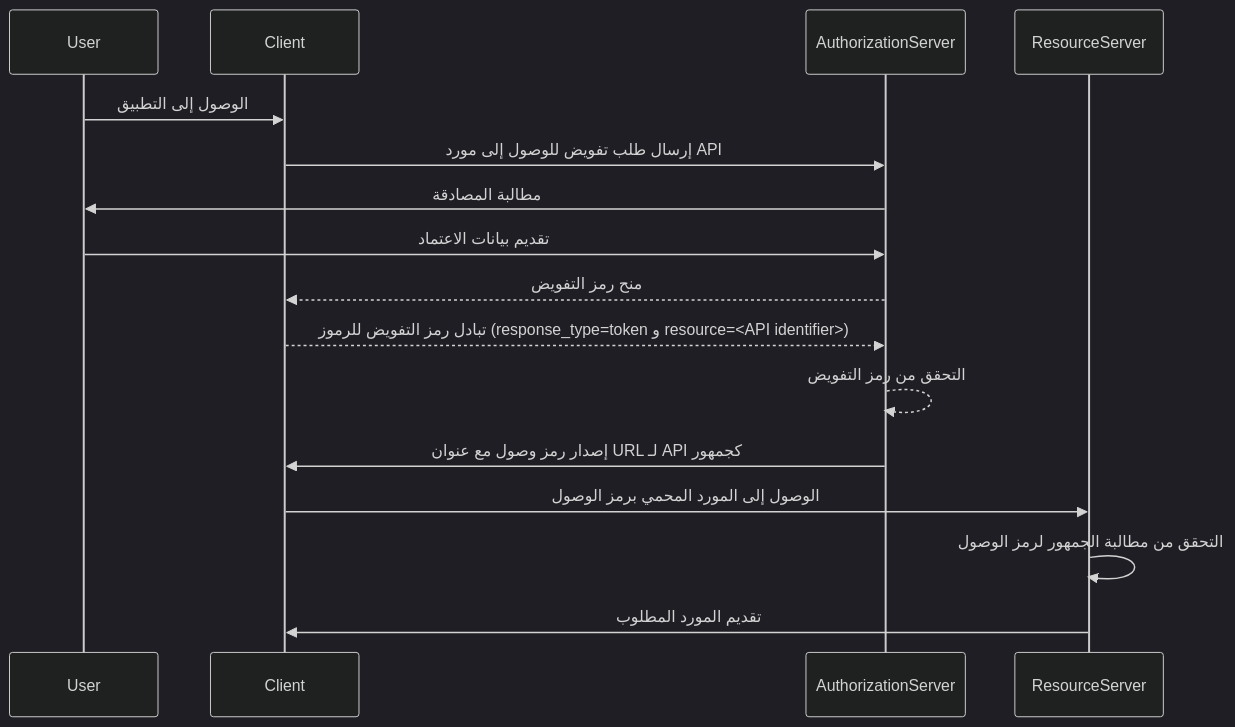
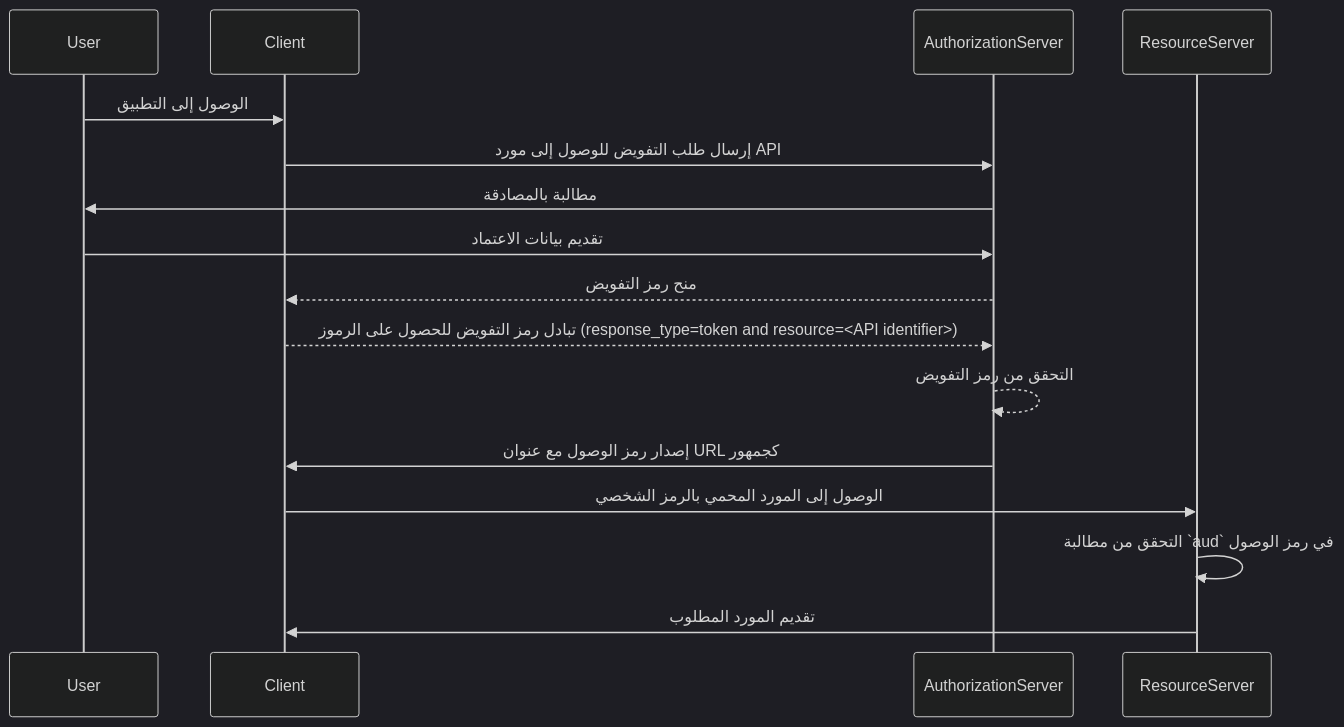
The second of 2 diagrams in src/content/terms/ar/audience.mdx (logto-io/auth-wiki), drawn with Mermaid (dark theme) before and after one commit. The commit also changed other lines of this file and 48 other files, not shown here.

````diff
--- a/src/content/terms/ar/audience.mdx
+++ b/src/content/terms/ar/audience.mdx
@@ -93,19 +93,19 @@
 ```mermaid
 sequenceDiagram
     participant User
     participant Client
     participant AuthorizationServer
     participant ResourceServer
 
     User->>Client: الوصول إلى التطبيق
-    Client->>AuthorizationServer: إرسال طلب تفويض للوصول إلى مورد API
-    AuthorizationServer->>User: مطالبة المصادقة
+    Client->>AuthorizationServer: إرسال طلب التفويض للوصول إلى مورد API
+    AuthorizationServer->>User: مطالبة بالمصادقة
     User->>AuthorizationServer: تقديم بيانات الاعتماد
     AuthorizationServer-->>Client: منح رمز التفويض
-    Client-->>AuthorizationServer: تبادل رمز التفويض للرموز (response_type=token و resource=<API identifier>)
+    Client-->>AuthorizationServer: تبادل رمز التفويض للحصول على الرموز (response_type=token and resource=<API identifier>)
     AuthorizationServer-->>AuthorizationServer: التحقق من رمز التفويض
-    AuthorizationServer->>Client: إصدار رمز وصول مع عنوان URL لـ API كجمهور
-    Client->>ResourceServer: الوصول إلى المورد المحمي برمز الوصول
-    ResourceServer->>ResourceServer: التحقق من مطالبة الجمهور لرمز الوصول
+    AuthorizationServer->>Client: إصدار رمز الوصول مع عنوان URL كجمهور
+    Client->>ResourceServer: الوصول إلى المورد المحمي بالرمز الشخصي
+    ResourceServer->>ResourceServer: التحقق من مطالبة `aud` في رمز الوصول
     ResourceServer->>Client: تقديم المورد المطلوب
 ```
````
